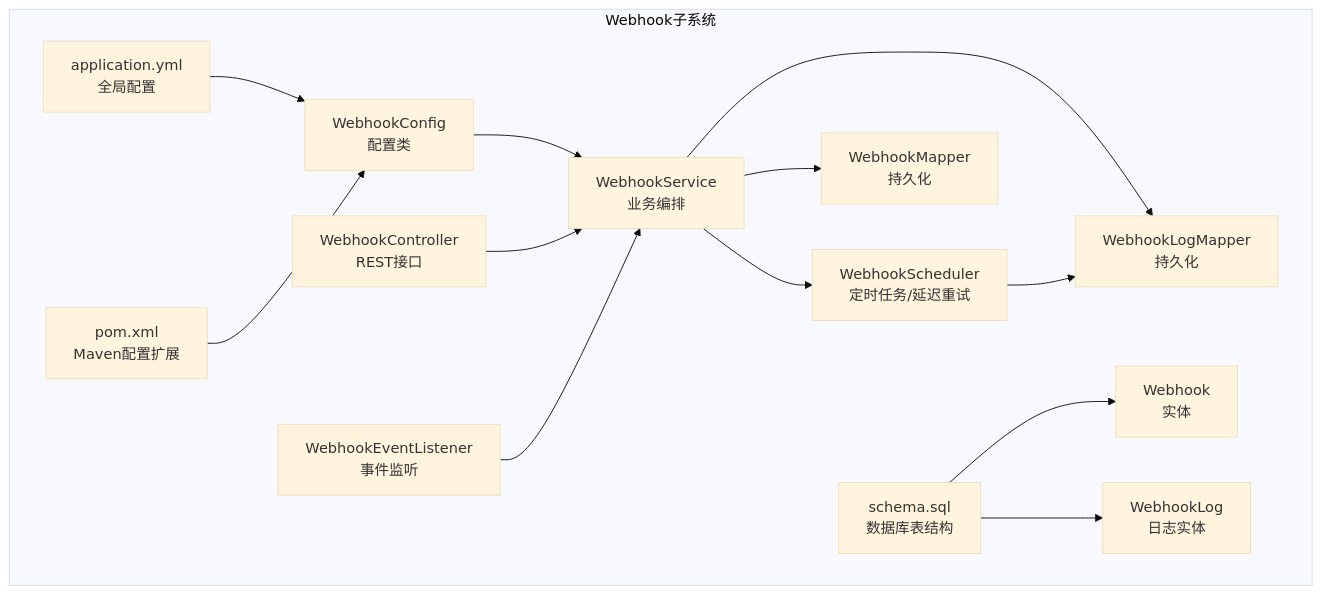
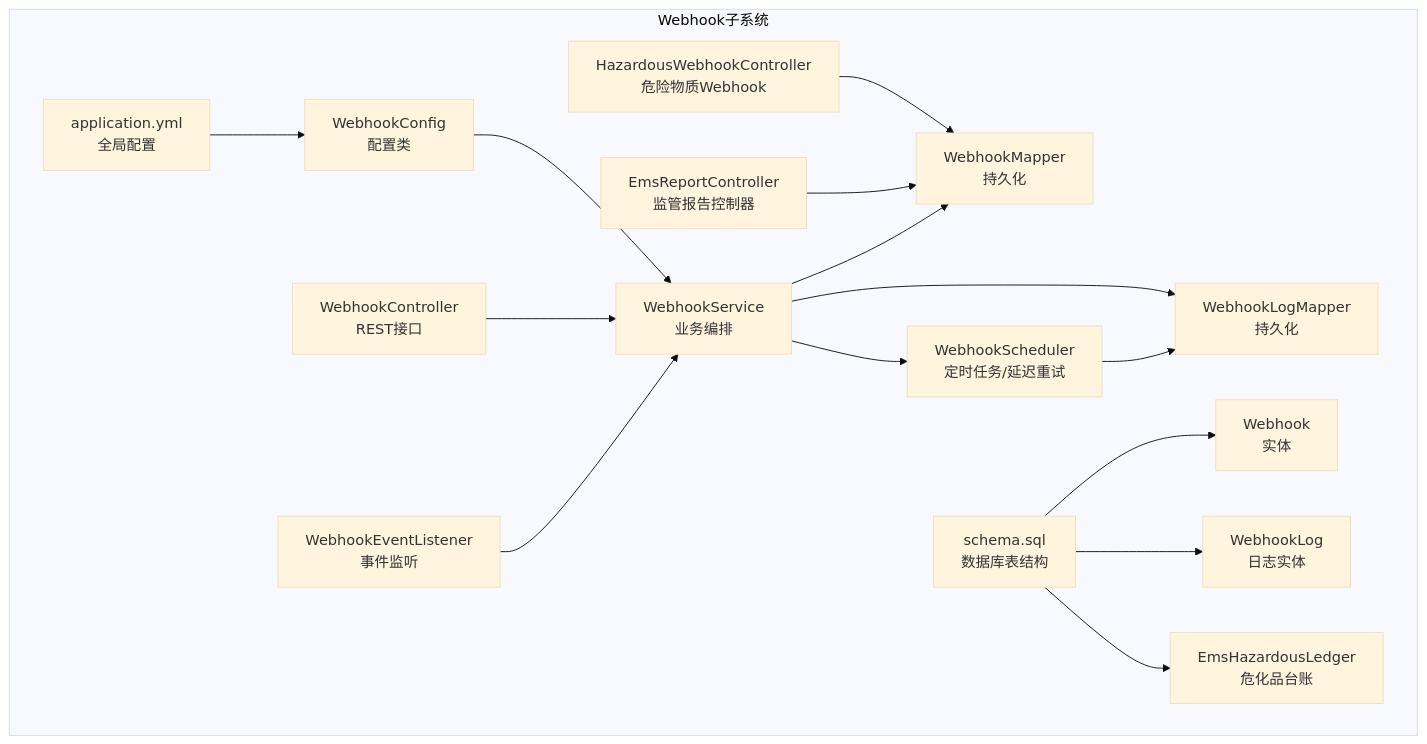
Before and after one commit to liming-lihaini/workflow: the first of 3 diagrams in .qoder/repowiki/zh/content/扩展开发指南/Webhook事件集成.md, drawn with Mermaid (base theme). The commit also changed other lines of this file and 45 other files, not shown here.

````diff
--- a/.qoder/repowiki/zh/content/扩展开发指南/Webhook事件集成.md
+++ b/.qoder/repowiki/zh/content/扩展开发指南/Webhook事件集成.md
@@ -54,28 +59,32 @@
 ```mermaid
 graph TB
 subgraph "Webhook子系统"
 C["WebhookConfig<br/>配置类"]
 Ctrl["WebhookController<br/>REST接口"]
+HCtrl["HazardousWebhookController<br/>危险物质Webhook"]
+RCtrl["EmsReportController<br/>监管报告控制器"]
 Svc["WebhookService<br/>业务编排"]
 Sch["WebhookScheduler<br/>定时任务/延迟重试"]
 Lsn["WebhookEventListener<br/>事件监听"]
 EntW["Webhook<br/>实体"]
 EntL["WebhookLog<br/>日志实体"]
+EntH["EmsHazardousLedger<br/>危化品台账"]
 MapW["WebhookMapper<br/>持久化"]
 MapL["WebhookLogMapper<br/>持久化"]
 AppYml["application.yml<br/>全局配置"]
 Schema["schema.sql<br/>数据库表结构"]
-Pom["pom.xml<br/>Maven配置扩展"]
 end
 C --> Svc
 Ctrl --> Svc
+HCtrl --> MapW
+RCtrl --> MapW
 Svc --> Sch
 Svc --> MapW
 Svc --> MapL
 Lsn --> Svc
 Sch --> MapL
 AppYml --> C
 Schema --> EntW
 Schema --> EntL
-Pom --> C
+Schema --> EntH
 ```
````
